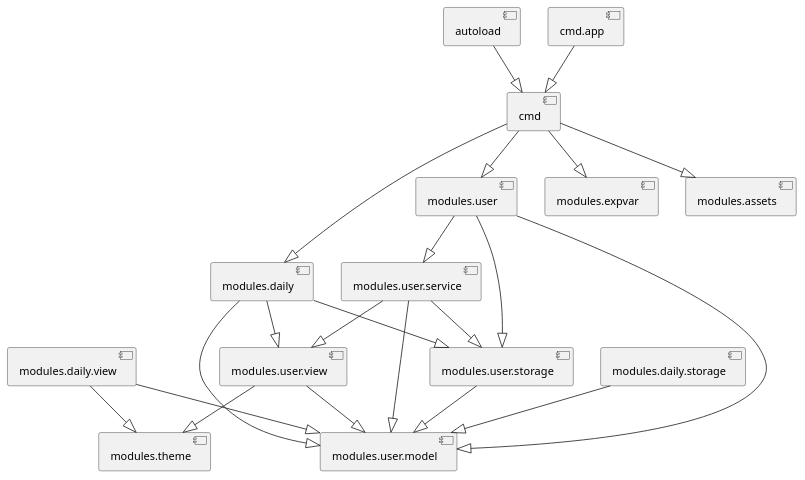
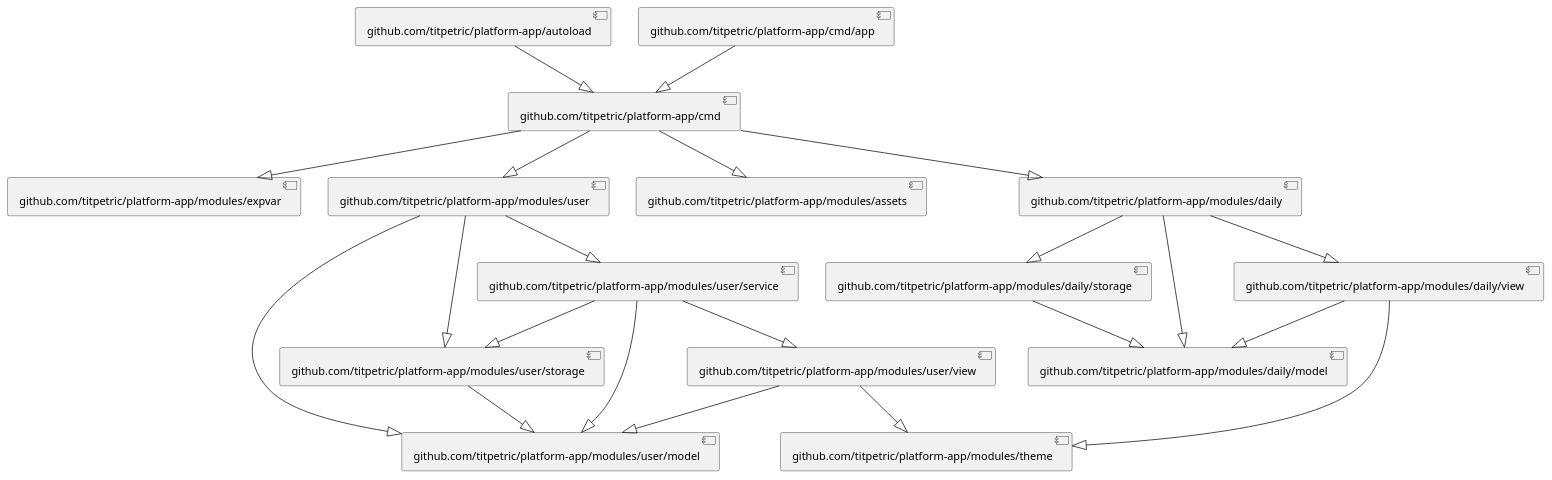
The diagram in docs/imports.puml (titpetric/platform-app), drawn with PlantUML before and after one commit. The commit also changed 3 other files, not shown here.

Commit message:
Update architecture

```diff
--- a/docs/imports.puml
+++ b/docs/imports.puml
@@ -1,23 +1,23 @@
 @startuml
-[modules.daily.storage] --|> [modules.user.model]
-[modules.daily.view] --|> [modules.user.model]
-[modules.daily.view] --|> [modules.theme]
-[modules.daily] --|> [modules.user.storage]
-[modules.daily] --|> [modules.user.model]
-[modules.daily] --|> [modules.user.view]
-[modules.user.storage] --|> [modules.user.model]
-[modules.user.view] --|> [modules.theme]
-[modules.user.view] --|> [modules.user.model]
-[modules.user.service] --|> [modules.user.storage]
-[modules.user.service] --|> [modules.user.model]
-[modules.user.service] --|> [modules.user.view]
-[modules.user] --|> [modules.user.service]
-[modules.user] --|> [modules.user.storage]
-[modules.user] --|> [modules.user.model]
-[cmd] --|> [modules.expvar]
-[cmd] --|> [modules.user]
-[cmd] --|> [modules.assets]
-[cmd] --|> [modules.daily]
-[autoload] --|> [cmd]
-[cmd.app] --|> [cmd]
+[github.com/titpetric/platform-app/modules/daily/storage] --|> [github.com/titpetric/platform-app/modules/daily/model]
+[github.com/titpetric/platform-app/modules/daily/view] --|> [github.com/titpetric/platform-app/modules/daily/model]
+[github.com/titpetric/platform-app/modules/daily/view] --|> [github.com/titpetric/platform-app/modules/theme]
+[github.com/titpetric/platform-app/cmd] --|> [github.com/titpetric/platform-app/modules/expvar]
+[github.com/titpetric/platform-app/cmd] --|> [github.com/titpetric/platform-app/modules/user]
+[github.com/titpetric/platform-app/cmd] --|> [github.com/titpetric/platform-app/modules/assets]
+[github.com/titpetric/platform-app/cmd] --|> [github.com/titpetric/platform-app/modules/daily]
+[github.com/titpetric/platform-app/modules/daily] --|> [github.com/titpetric/platform-app/modules/daily/storage]
+[github.com/titpetric/platform-app/modules/daily] --|> [github.com/titpetric/platform-app/modules/daily/view]
+[github.com/titpetric/platform-app/modules/daily] --|> [github.com/titpetric/platform-app/modules/daily/model]
+[github.com/titpetric/platform-app/modules/user/storage] --|> [github.com/titpetric/platform-app/modules/user/model]
+[github.com/titpetric/platform-app/modules/user/view] --|> [github.com/titpetric/platform-app/modules/user/model]
+[github.com/titpetric/platform-app/modules/user/view] --|> [github.com/titpetric/platform-app/modules/theme]
+[github.com/titpetric/platform-app/modules/user/service] --|> [github.com/titpetric/platform-app/modules/user/storage]
+[github.com/titpetric/platform-app/modules/user/service] --|> [github.com/titpetric/platform-app/modules/user/model]
+[github.com/titpetric/platform-app/modules/user/service] --|> [github.com/titpetric/platform-app/modules/user/view]
+[github.com/titpetric/platform-app/modules/user] --|> [github.com/titpetric/platform-app/modules/user/service]
+[github.com/titpetric/platform-app/modules/user] --|> [github.com/titpetric/platform-app/modules/user/storage]
+[github.com/titpetric/platform-app/modules/user] --|> [github.com/titpetric/platform-app/modules/user/model]
+[github.com/titpetric/platform-app/autoload] --|> [github.com/titpetric/platform-app/cmd]
+[github.com/titpetric/platform-app/cmd/app] --|> [github.com/titpetric/platform-app/cmd]
 @enduml
```
